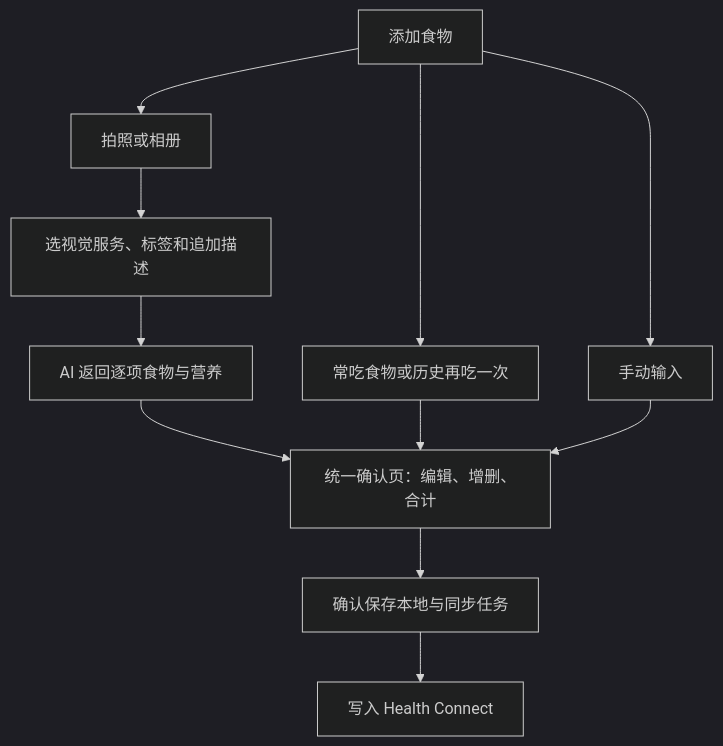
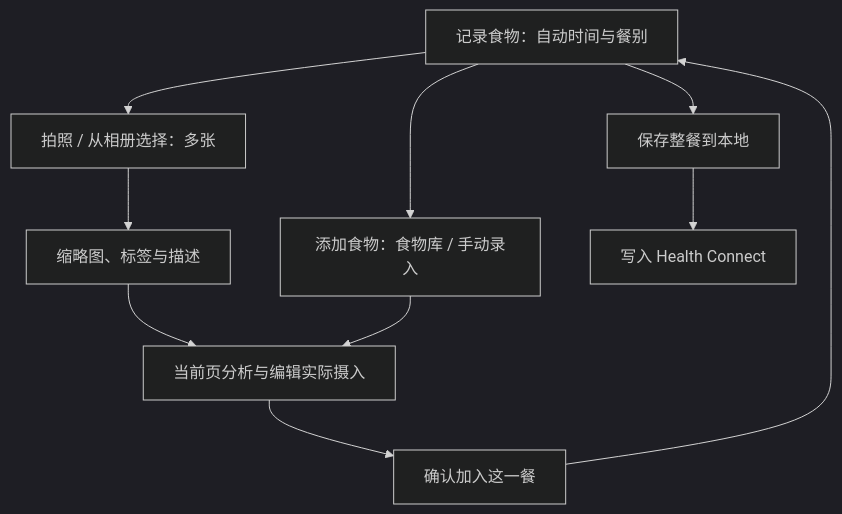
The diagram in docs/称伴食物 AI 记录产品需求文档.md (rccoder/ScaleMate), drawn with Mermaid (dark theme) before and after one commit. The commit also changed other lines of this file and 141 other files, not shown here.

````diff
--- a/docs/称伴食物 AI 记录产品需求文档.md
+++ b/docs/称伴食物 AI 记录产品需求文档.md
@@ -75,13 +77,12 @@
 ```mermaid
 flowchart TD
-    A[添加食物] --> B[拍照或相册]
-    B --> C[选视觉服务、标签和追加描述]
-    C --> D[AI 返回逐项食物与营养]
-    A --> E[常吃食物或历史再吃一次]
-    A --> F[手动输入]
-    D --> G[统一确认页：编辑、增删、合计]
-    E --> G
-    F --> G
-    G --> H[确认保存本地与同步任务]
-    H --> I[写入 Health Connect]
+    A[记录食物：自动时间与餐别] --> B[拍照 / 从相册选择：多张]
+    A --> C[添加食物：食物库 / 手动录入]
+    B --> D[缩略图、标签与描述]
+    D --> E[当前页分析与编辑实际摄入]
+    C --> E
+    E --> F[确认加入这一餐]
+    F --> A
+    A --> G[保存整餐到本地]
+    G --> H[写入 Health Connect]
 ```
````
